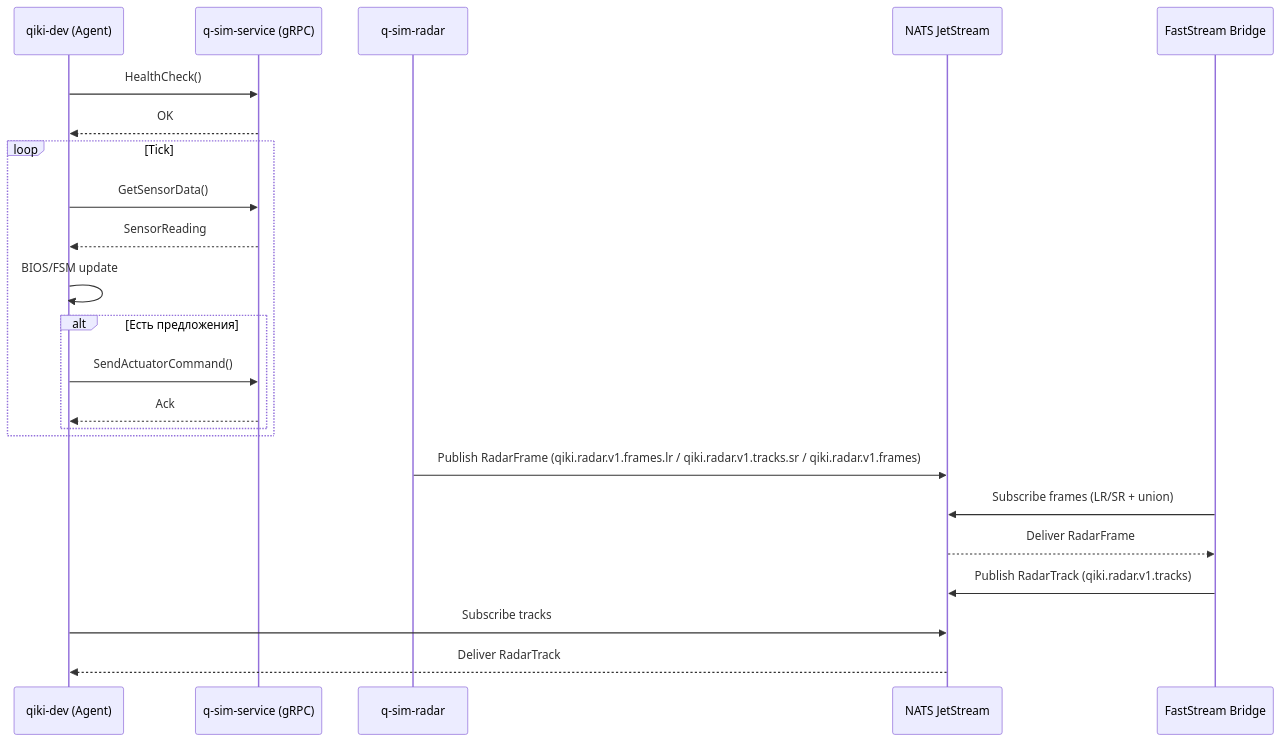
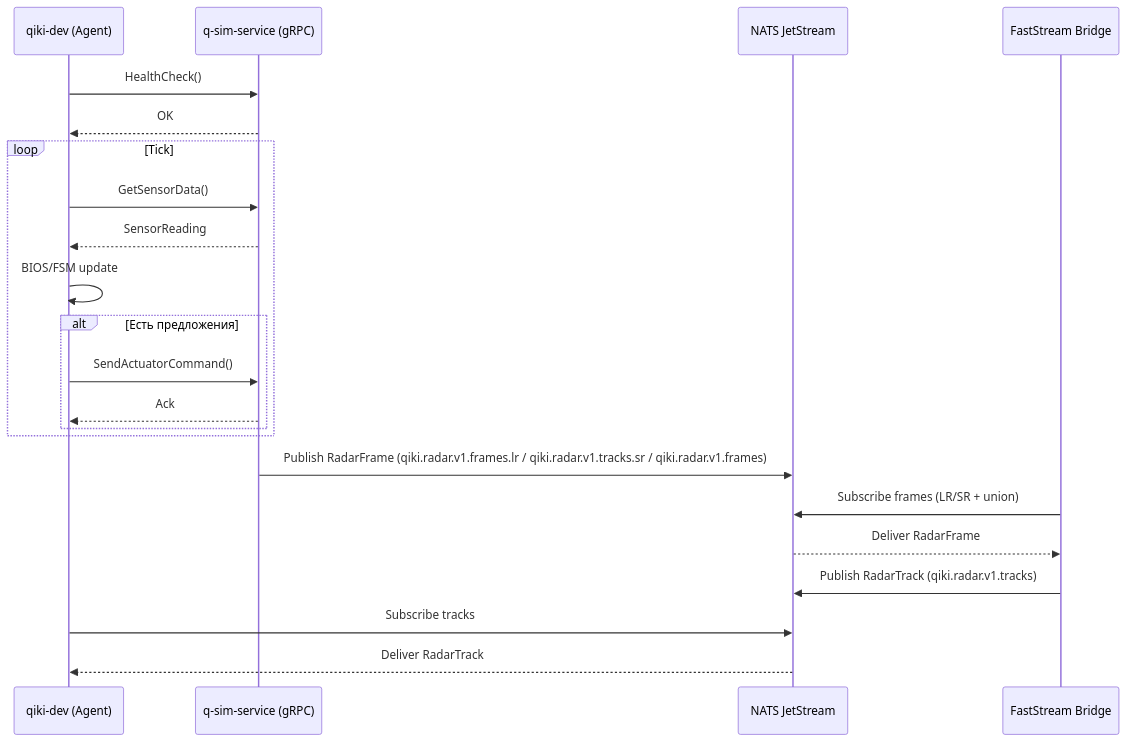
Before and after one commit to sonra44/QIKI_DTMP: the diagram in docs/ARCHITECTURE.md, drawn with Mermaid. The commit also changed other lines of this file and 5 other files, not shown here.

Commit message:
refactor: remove q-sim-radar and make q-sim-service single source

````diff
--- a/docs/ARCHITECTURE.md
+++ b/docs/ARCHITECTURE.md
@@ -39,27 +38,26 @@
 ```mermaid
 sequenceDiagram
     participant Dev as qiki-dev (Agent)
     participant Sim as q-sim-service (gRPC)
-    participant Radar as q-sim-radar
     participant NATS as NATS JetStream
     participant Bridge as FastStream Bridge
 
     Dev->>Sim: HealthCheck()
     Sim-->>Dev: OK
     loop Tick
         Dev->>Sim: GetSensorData()
         Sim-->>Dev: SensorReading
         Dev->>Dev: BIOS/FSM update
         alt Есть предложения
             Dev->>Sim: SendActuatorCommand()
             Sim-->>Dev: Ack
         end
     end
 
-    Radar->>NATS: Publish RadarFrame (qiki.radar.v1.frames.lr / qiki.radar.v1.tracks.sr / qiki.radar.v1.frames)
+    Sim->>NATS: Publish RadarFrame (qiki.radar.v1.frames.lr / qiki.radar.v1.tracks.sr / qiki.radar.v1.frames)
     Bridge->>NATS: Subscribe frames (LR/SR + union)
     NATS-->>Bridge: Deliver RadarFrame
     Bridge->>NATS: Publish RadarTrack (qiki.radar.v1.tracks)
     Dev->>NATS: Subscribe tracks
     NATS-->>Dev: Deliver RadarTrack
 ```
````
